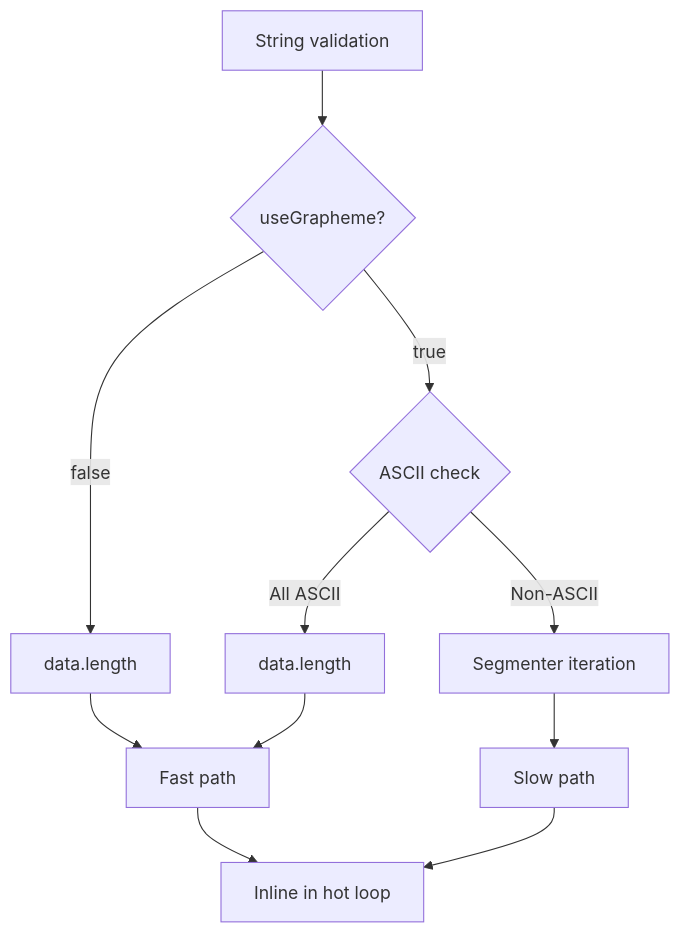
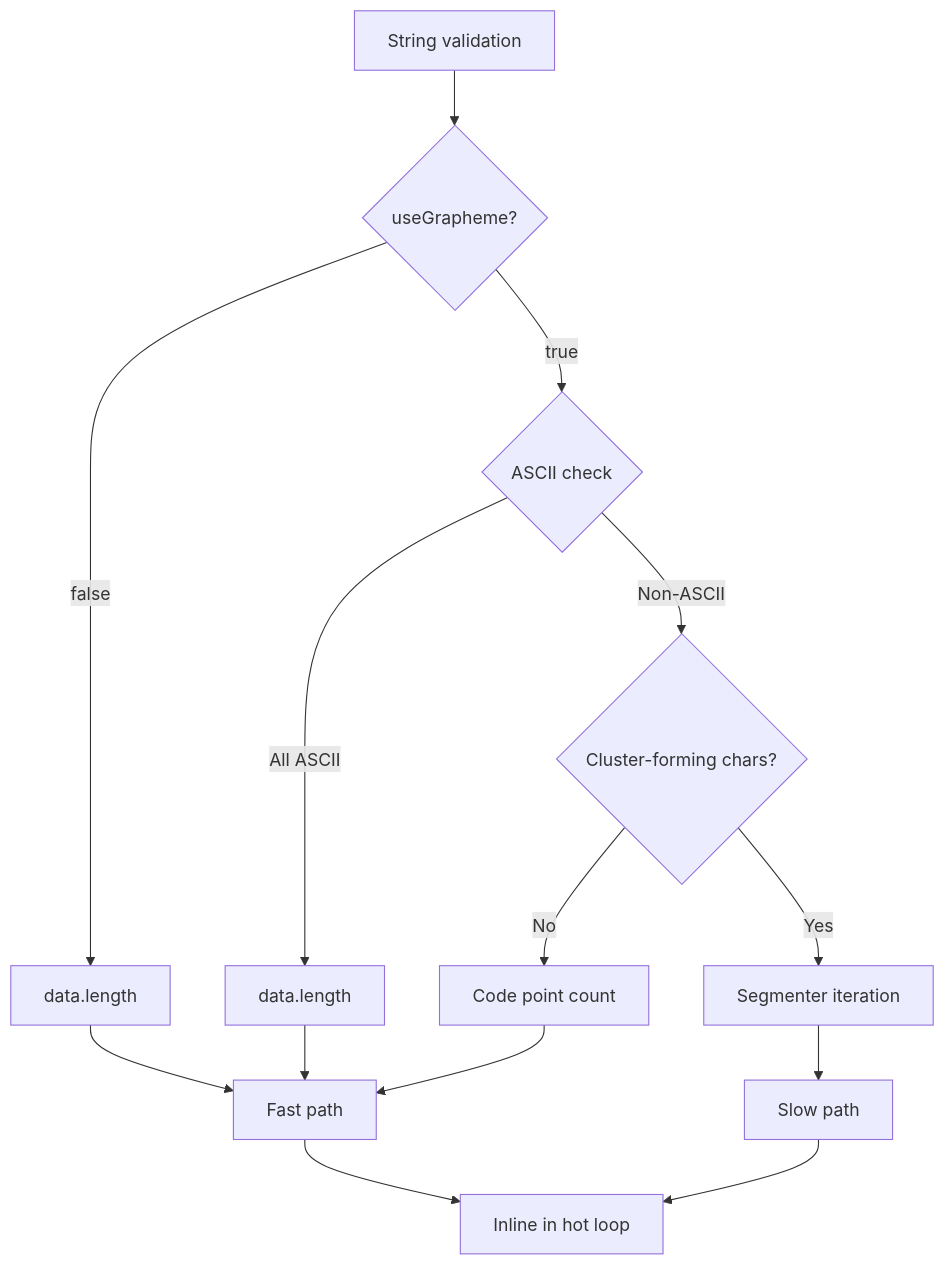
Diagram 14 of 17 in packages/validate/ARCHITECTURE.md (jklarenbeek/jarenjs), drawn with Mermaid before and after one commit. The commit also changed other lines of this file and 7 other files, not shown here.

````diff
--- a/packages/validate/ARCHITECTURE.md
+++ b/packages/validate/ARCHITECTURE.md
@@ -671,17 +669,21 @@
 ```mermaid
 flowchart TD
     A[String validation] --> B{useGrapheme?}
 
     B -->|false| C[data.length]
     B -->|true| D{ASCII check}
 
     D -->|All ASCII| E[data.length]
-    D -->|Non-ASCII| F[Segmenter iteration]
+    D -->|Non-ASCII| F{Cluster-forming chars?}
+
+    F -->|No| J[Code point count]
+    F -->|Yes| K[Segmenter iteration]
 
     C --> G[Fast path]
     E --> G
-    F --> H[Slow path]
+    J --> G
+    K --> H[Slow path]
 
     G --> I[Inline in hot loop]
     H --> I
 ```
````
